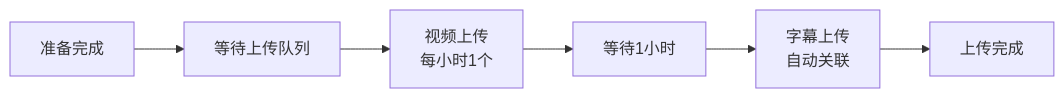
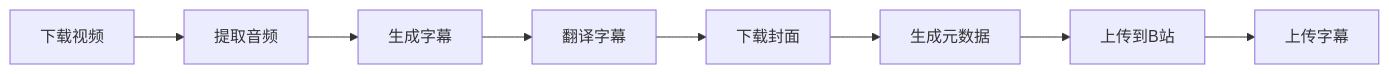
The diagram in README.md (cailuoli520/ytb2bili), drawn with Mermaid before and after one commit. The commit also changed other lines of this file, not shown here.

````diff
--- a/README.md
+++ b/README.md
@@ -542,8 +39,10 @@
 ```mermaid
 graph LR
-    A[准备完成] --> B[等待上传队列]
-    B --> C[视频上传<br/>每小时1个]
-    C --> D[等待1小时]
-    D --> E[字幕上传<br/>自动关联]
-    E --> F[上传完成]
+    A[下载视频] --> B[提取音频]
+    B --> C[生成字幕]
+    C --> D[翻译字幕]
+    D --> E[下载封面]
+    E --> F[生成元数据]
+    F --> G[上传到B站]
+    G --> H[上传字幕]
 ```
````
